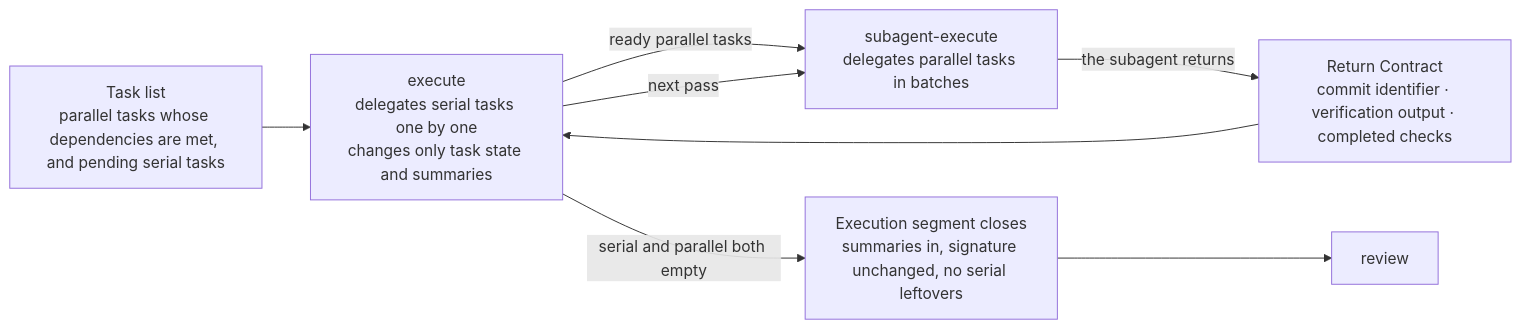
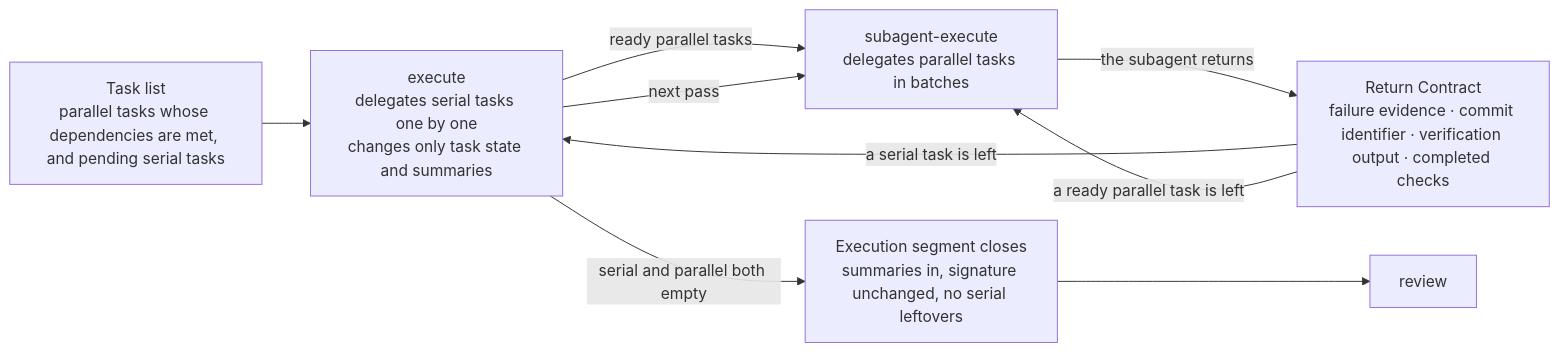
One commit to baobaolaodie/flow-comet changed the fifth of 7 diagrams in docs/NODES.md. Above: the diagram before and after it, drawn with Mermaid. The commit also changed other lines of this file and 4 other files, not shown here.

````diff
--- a/docs/NODES.md
+++ b/docs/NODES.md
@@ -441,16 +441,17 @@
 ```mermaid
 flowchart LR
   T["Task list<br/>parallel tasks whose dependencies are met, and pending serial tasks"]
   X["execute<br/>delegates serial tasks one by one<br/>changes only task state and summaries"]
   S["subagent-execute<br/>delegates parallel tasks in batches"]
-  C["Return Contract<br/>commit identifier · verification output · completed checks"]
+  C["Return Contract<br/>failure evidence · commit identifier · verification output · completed checks"]
   G["Execution segment closes<br/>summaries in, signature unchanged, no serial leftovers"]
   R["review"]
   T --> X
   X -->|"ready parallel tasks"| S
   S -->|"the subagent returns"| C
-  C --> X
+  C -->|"a serial task is left"| X
+  C -->|"a ready parallel task is left"| S
   X -->|"next pass"| S
   X -->|"serial and parallel both empty"| G
   G --> R
 ```
````
